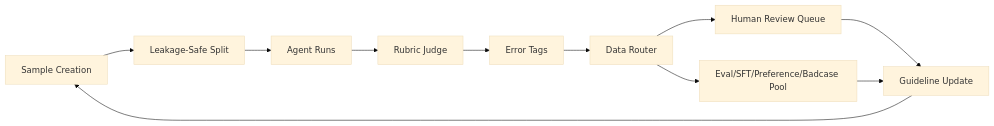
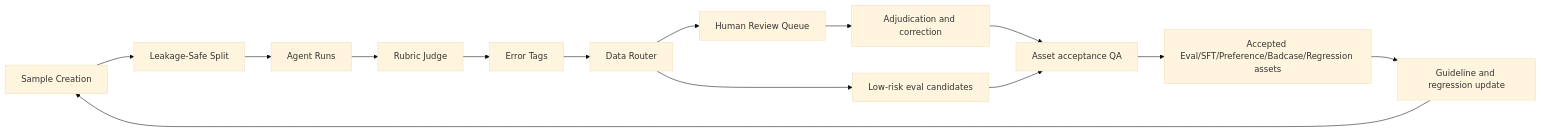
The diagram in docs/product_prd.md (shawliu998/legal-ai-data-governance-loop), drawn with Mermaid (base theme) before and after one commit. The commit also changed other lines of this file and 171 other files, not shown here.

````diff
--- a/docs/product_prd.md
+++ b/docs/product_prd.md
@@ -285,13 +298,16 @@
 ```mermaid
 flowchart LR
     A["Sample Creation"] --> B["Leakage-Safe Split"]
     B --> C["Agent Runs"]
     C --> D["Rubric Judge"]
     D --> E["Error Tags"]
     E --> F["Data Router"]
     F --> G["Human Review Queue"]
-    F --> H["Eval/SFT/Preference/Badcase Pool"]
-    G --> I["Guideline Update"]
-    H --> I
+    F --> H["Low-risk eval candidates"]
+    G --> J["Adjudication and correction"]
+    J --> L["Asset acceptance QA"]
+    H --> L
+    L --> K["Accepted Eval/SFT/Preference/Badcase/Regression assets"]
+    K --> I["Guideline and regression update"]
     I --> A
 ```
````
